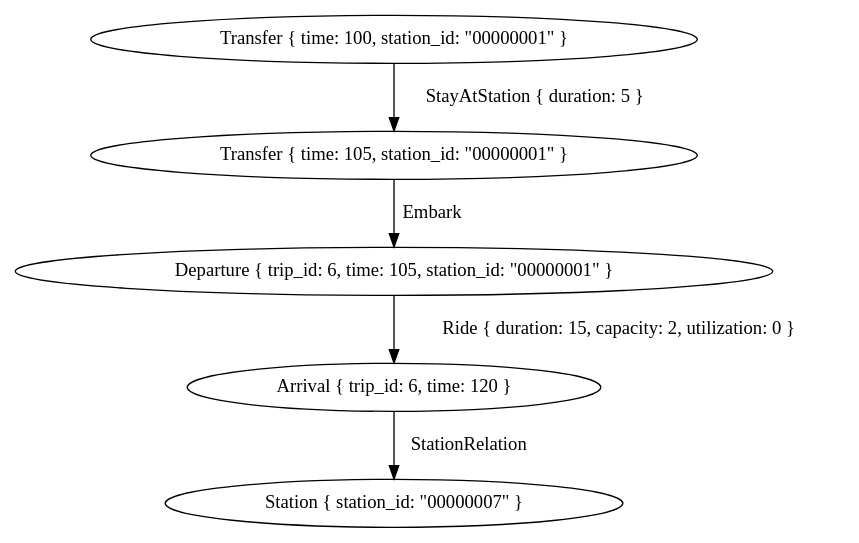
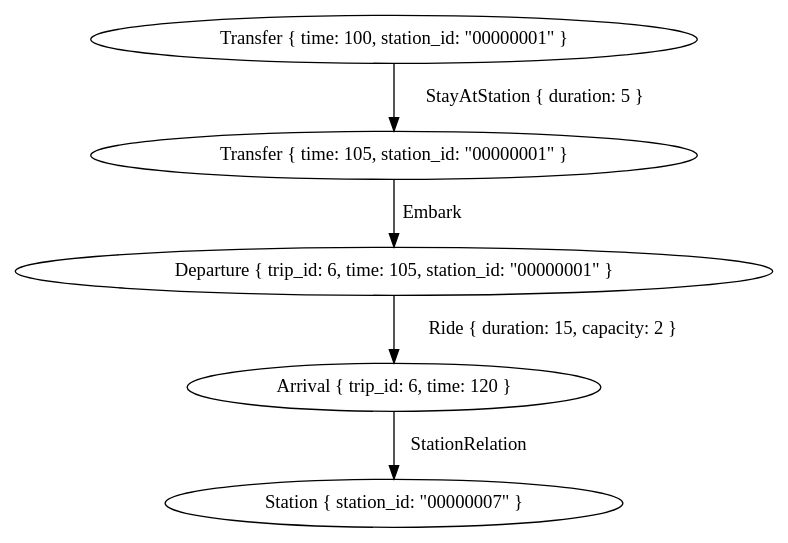
One commit to eliaswendt/mcfp-optimizer changed the diagram in graphs/subgraph_group_10.dot. Above: the diagram before and after it, drawn with Graphviz. The commit also changed 12 other files, not shown here.

```diff
--- a/graphs/subgraph_group_10.dot
+++ b/graphs/subgraph_group_10.dot
@@ -1,11 +1,11 @@
 digraph {
     0 [ label = "Transfer { time: 100, station_id: \"00000001\" }" ]
     1 [ label = "Transfer { time: 105, station_id: \"00000001\" }" ]
     2 [ label = "Departure { trip_id: 6, time: 105, station_id: \"00000001\" }" ]
     3 [ label = "Arrival { trip_id: 6, time: 120 }" ]
     4 [ label = "Station { station_id: \"00000007\" }" ]
     0 -> 1 [ label = "StayAtStation { duration: 5 }" ]
     1 -> 2 [ label = "Embark" ]
-    2 -> 3 [ label = "Ride { duration: 15, capacity: 2, utilization: 0 }" ]
+    2 -> 3 [ label = "Ride { duration: 15, capacity: 2 }" ]
     3 -> 4 [ label = "StationRelation" ]
 }
```
